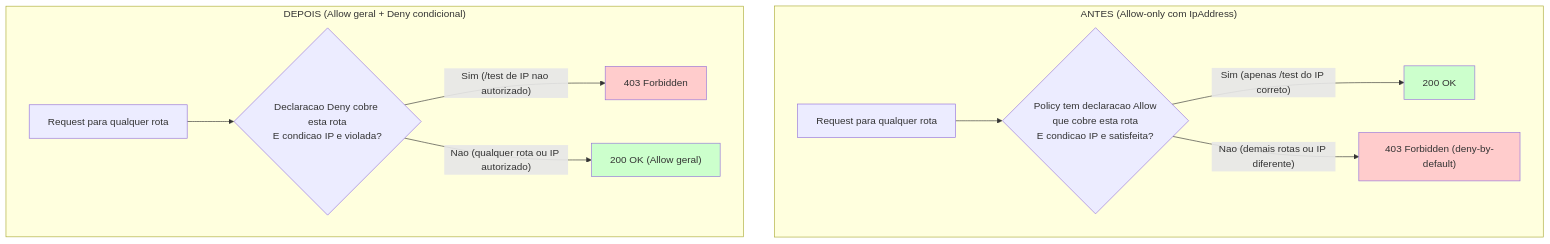
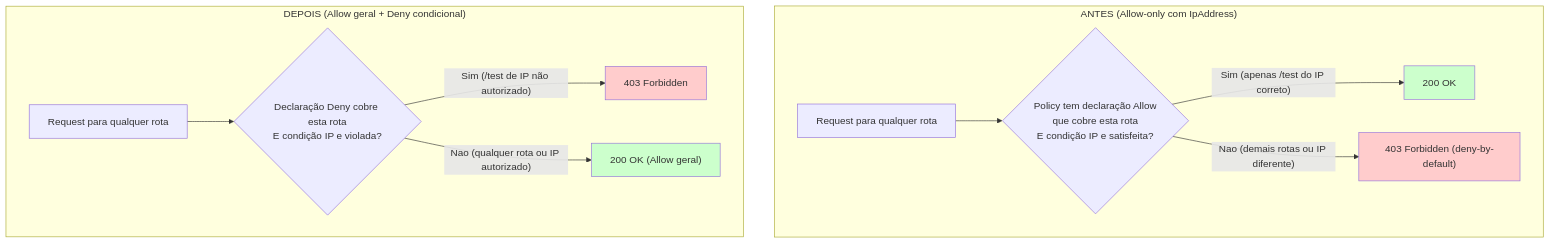
The sixth of 6 diagrams in docs/CORRECOES.md (DessimA/aws-serverless-order-management), drawn with Mermaid before and after one commit. The commit also changed other lines of this file and 17 other files, not shown here.

Commit message:
docs: portfolio-oriented README, ARCHITECTURE.md, and PT-BR accent fixes

````diff
--- a/docs/CORRECOES.md
+++ b/docs/CORRECOES.md
@@ -1102,19 +1102,19 @@
 ```mermaid
 flowchart TD
     subgraph "ANTES (Allow-only com IpAddress)"
-        A1["Request para qualquer rota"] --> B1{"Policy tem declaracao Allow<br/>que cobre esta rota<br/>E condicao IP e satisfeita?"}
+        A1["Request para qualquer rota"] --> B1{"Policy tem declaração Allow<br/>que cobre esta rota<br/>E condição IP e satisfeita?"}
         B1 -->|"Sim (apenas /test do IP correto)"| C1["200 OK"]
         B1 -->|"Nao (demais rotas ou IP diferente)"| D1["403 Forbidden (deny-by-default)"]
     end
 
     subgraph "DEPOIS (Allow geral + Deny condicional)"
-        A2["Request para qualquer rota"] --> B2{"Declaracao Deny cobre esta rota<br/>E condicao IP e violada?"}
-        B2 -->|"Sim (/test de IP nao autorizado)"| C2["403 Forbidden"]
+        A2["Request para qualquer rota"] --> B2{"Declaração Deny cobre esta rota<br/>E condição IP e violada?"}
+        B2 -->|"Sim (/test de IP não autorizado)"| C2["403 Forbidden"]
         B2 -->|"Nao (qualquer rota ou IP autorizado)"| D2["200 OK (Allow geral)"]
     end
 
     style D1 fill:#ffcccc
     style C1 fill:#ccffcc
     style C2 fill:#ffcccc
     style D2 fill:#ccffcc
 ```
````
